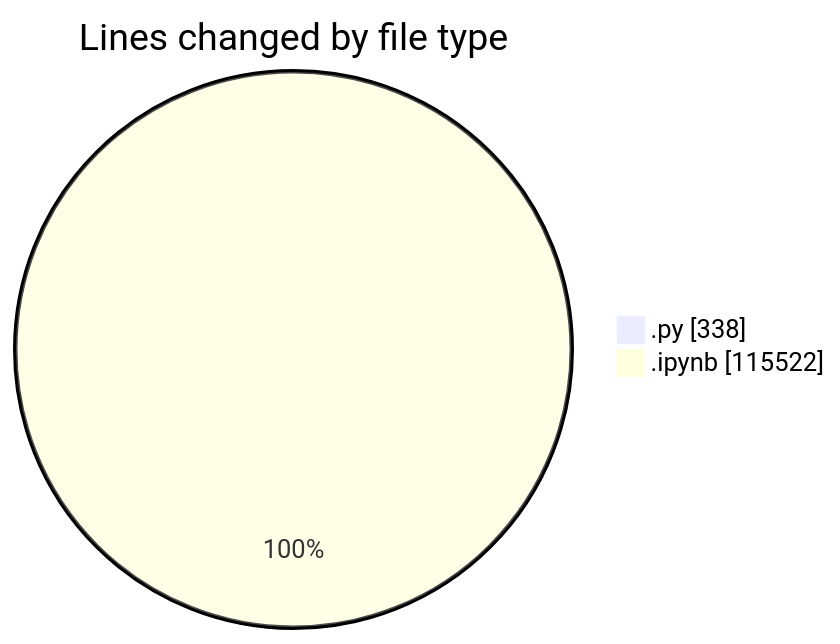
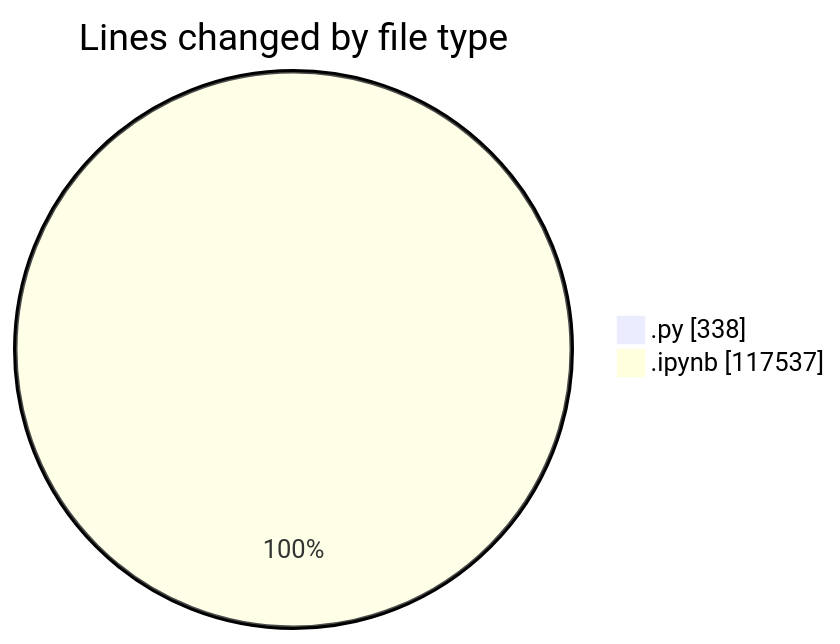
The first of 2 diagrams in 2025-10-07/untitled__workspace_/README.md (MatusMokan/code-tracking), drawn with Mermaid before and after one commit. The commit also changed other lines of this file and 1 other file, not shown here.

````diff
--- a/2025-10-07/untitled__workspace_/README.md
+++ b/2025-10-07/untitled__workspace_/README.md
@@ -22,6 +22,6 @@
 ```mermaid
 pie showData
 title Lines changed by file type
 ".py" : 338
-".ipynb" : 115522
+".ipynb" : 117537
 ```
````
